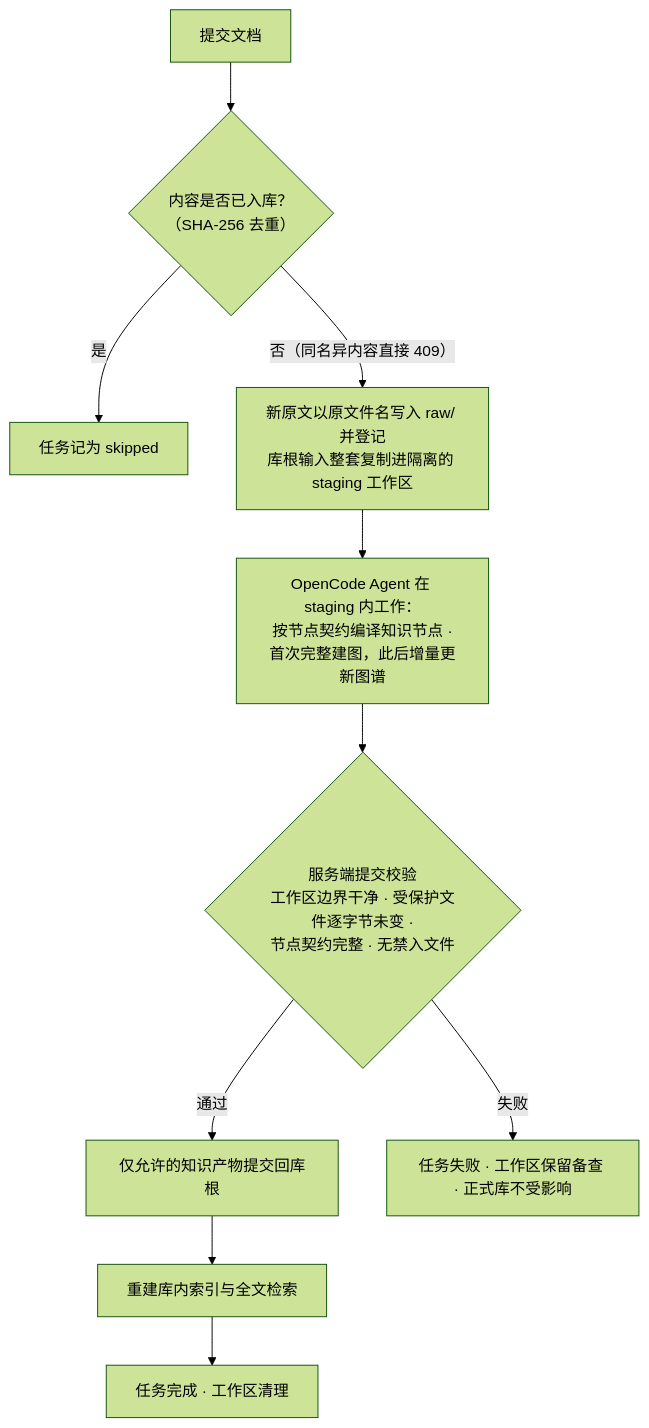
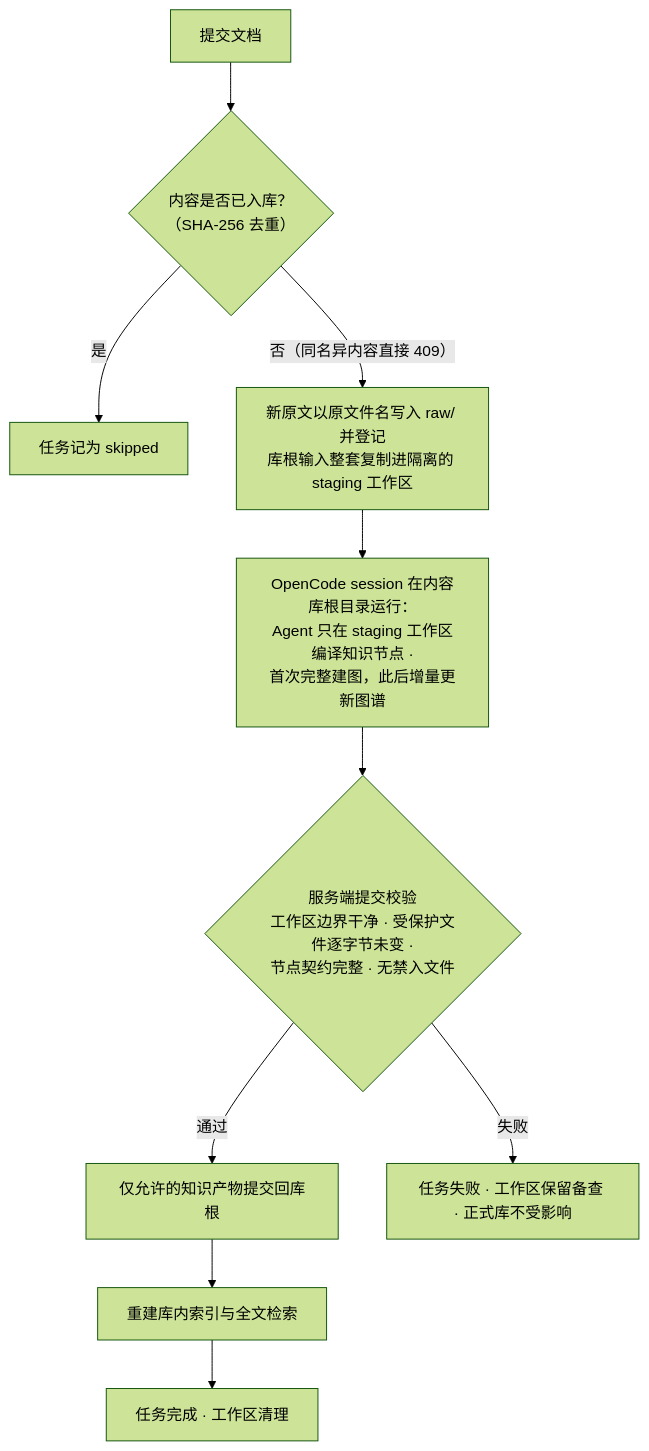
Before and after one commit to xutianyi1999/noema: the second of 5 diagrams in README.md, drawn with Mermaid (forest theme). The commit also changed other lines of this file and 11 other files, not shown here.

````diff
--- a/README.md
+++ b/README.md
@@ -224,12 +227,12 @@
 ```mermaid
 flowchart TB
     S1["提交文档"] --> S2{"内容是否已入库？<br/>（SHA-256 去重）"}
     S2 -->|"是"| S4["任务记为 skipped"]
     S2 -->|"否（同名异内容直接 409）"| S5["新原文以原文件名写入 raw/ 并登记<br/>库根输入整套复制进隔离的 staging 工作区"]
-    S5 --> S6["OpenCode Agent 在 staging 内工作：<br/>按节点契约编译知识节点 ·<br/>首次完整建图，此后增量更新图谱"]
+    S5 --> S6["OpenCode session 在内容库根目录运行：<br/>Agent 只在 staging 工作区编译知识节点 ·<br/>首次完整建图，此后增量更新图谱"]
     S6 --> S7{"服务端提交校验<br/>工作区边界干净 · 受保护文件逐字节未变 ·<br/>节点契约完整 · 无禁入文件"}
     S7 -->|"通过"| S8["仅允许的知识产物提交回库根"]
     S8 --> S9["重建库内索引与全文检索"]
     S9 --> S10["任务完成 · 工作区清理"]
     S7 -->|"失败"| S11["任务失败 · 工作区保留备查 · 正式库不受影响"]
 ```
````
